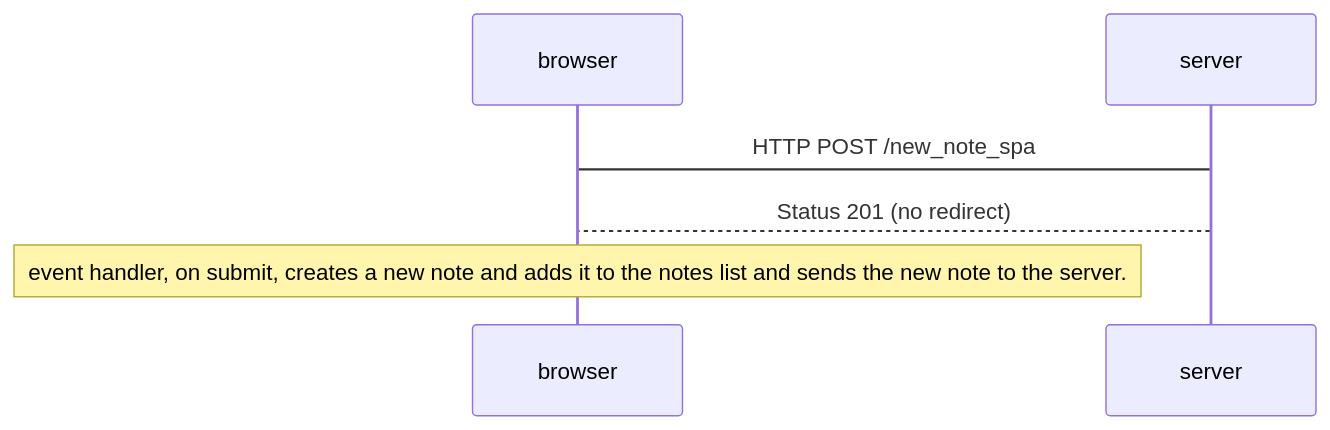
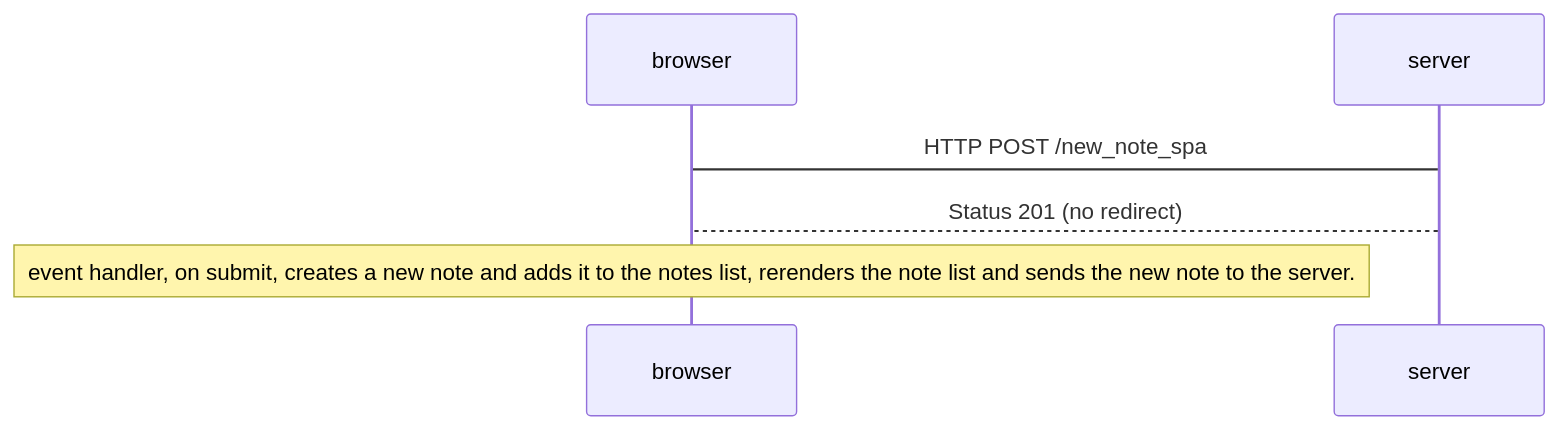
The diagram in Part 0/Exercises/0-6.md (jay-nakagawa/FSO-Exercise-Submissions), drawn with Mermaid before and after one commit.

Commit message:
added text to 0-6

````diff
--- a/Part 0/Exercises/0-6.md
+++ b/Part 0/Exercises/0-6.md
@@ -1,10 +1,10 @@
 ```mermaid
 sequenceDiagram
 participant browser
 participant server
   browser->server: HTTP POST /new_note_spa
   server-->browser: Status 201 (no redirect)
 
-  Note over browser: event handler, on submit, creates a new note and adds it to the notes list and sends the new note to the server.
+  Note over browser: event handler, on submit, creates a new note and adds it to the notes list, rerenders the note list and sends the new note to the server.
 
 ```
````
